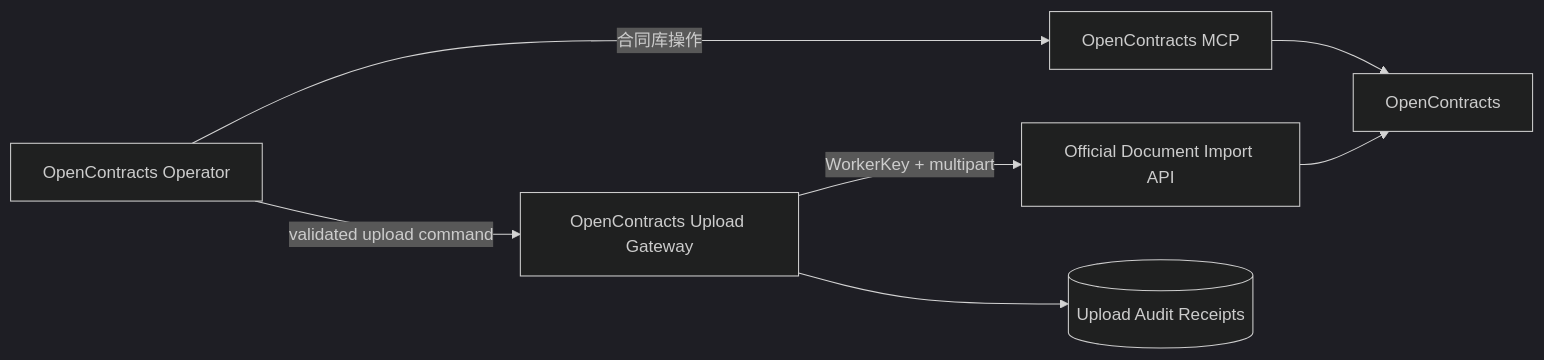
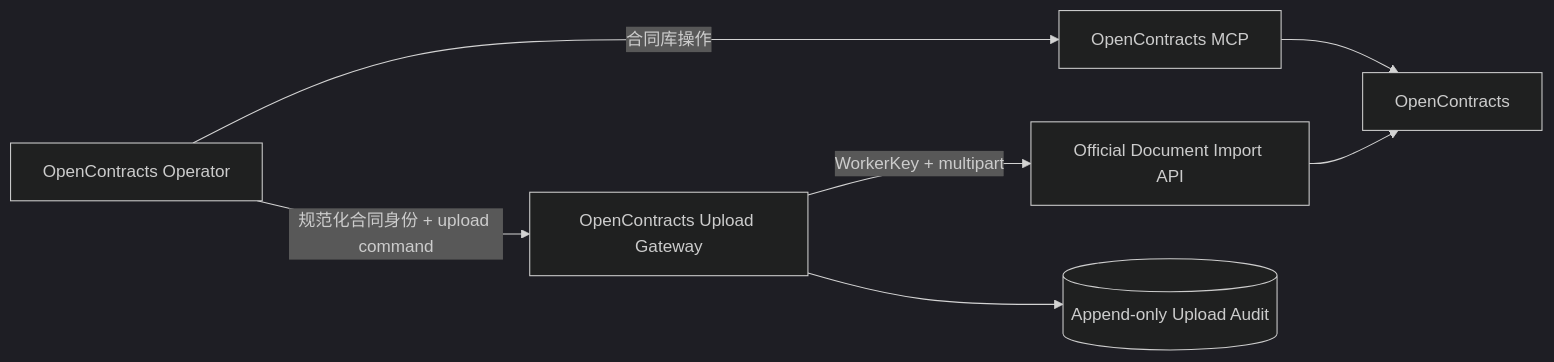
The first of 3 diagrams in docs/architecture/opencontracts-integration.md (Ri0n72Y/ContractBotConfig), drawn with Mermaid (dark theme) before and after one commit. The commit also changed other lines of this file, not shown here.

````diff
--- a/docs/architecture/opencontracts-integration.md
+++ b/docs/architecture/opencontracts-integration.md
@@ -7,16 +7,16 @@
 ```mermaid
 flowchart LR
     Operator[OpenContracts Operator]
     MCP[OpenContracts MCP]
     Gateway[OpenContracts Upload Gateway]
     ImportAPI[Official Document Import API]
     OC[OpenContracts]
-    Receipt[(Upload Audit Receipts)]
+    Receipt[(Append-only Upload Audit)]
 
     Operator -->|合同库操作| MCP
     MCP --> OC
-    Operator -->|validated upload command| Gateway
+    Operator -->|规范化合同身份 + upload command| Gateway
     Gateway -->|WorkerKey + multipart| ImportAPI
     ImportAPI --> OC
     Gateway --> Receipt
 ```
````
